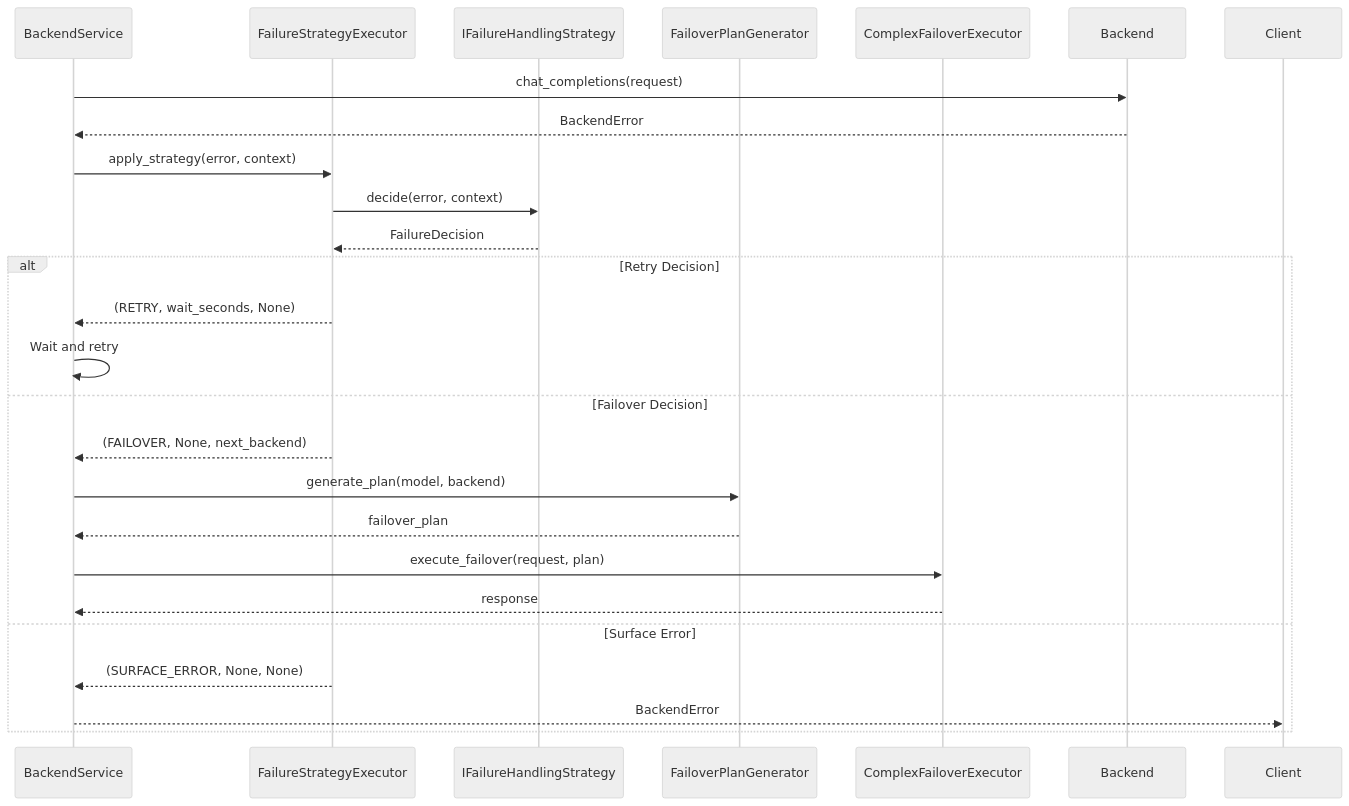
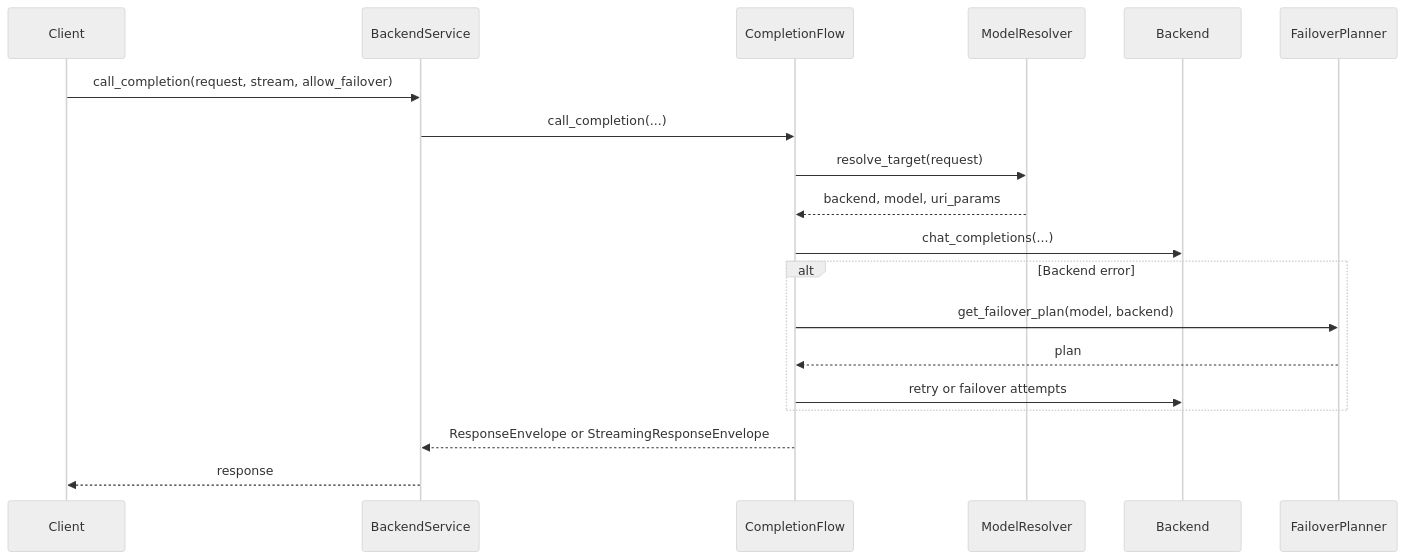
The second of 2 diagrams in .kiro/specs/backend-service-god-object-refactoring/design.md (matdev83/llm-interactive-proxy), drawn with Mermaid (neutral theme) before and after one commit. The commit also changed other lines of this file and 5 other files, not shown here.

Commit message:
Update spec files for backend service god object refactoring

````diff
--- a/.kiro/specs/backend-service-god-object-refactoring/design.md
+++ b/.kiro/specs/backend-service-god-object-refactoring/design.md
@@ -185,29 +82,24 @@
 ```mermaid
 sequenceDiagram
+    participant Client
     participant BackendService
-    participant FailureStrategyExecutor
-    participant IFailureHandlingStrategy
-    participant FailoverPlanGenerator
-    participant ComplexFailoverExecutor
-    
-    BackendService->>Backend: chat_completions(request)
-    Backend-->>BackendService: BackendError
-    
-    BackendService->>FailureStrategyExecutor: apply_strategy(error, context)
-    FailureStrategyExecutor->>IFailureHandlingStrategy: decide(error, context)
-    IFailureHandlingStrategy-->>FailureStrategyExecutor: FailureDecision
-    
-    alt Retry Decision
-        FailureStrategyExecutor-->>BackendService: (RETRY, wait_seconds, None)
-        BackendService->>BackendService: Wait and retry
-    else Failover Decision
-        FailureStrategyExecutor-->>BackendService: (FAILOVER, None, next_backend)
-        BackendService->>FailoverPlanGenerator: generate_plan(model, backend)
-        FailoverPlanGenerator-->>BackendService: failover_plan
-        BackendService->>ComplexFailoverExecutor: execute_failover(request, plan)
-        ComplexFailoverExecutor-->>BackendService: response
-    else Surface Error
-        FailureStrategyExecutor-->>BackendService: (SURFACE_ERROR, None, None)
-        BackendService-->>Client: BackendError
+    participant CompletionFlow
+    participant ModelResolver
+    participant Backend
+    participant FailoverPlanner
+
+    Client->>BackendService: call_completion(request, stream, allow_failover)
+    BackendService->>CompletionFlow: call_completion(...)
+    CompletionFlow->>ModelResolver: resolve_target(request)
+    ModelResolver-->>CompletionFlow: backend, model, uri_params
+    CompletionFlow->>Backend: chat_completions(...)
+
+    alt Backend error
+        CompletionFlow->>FailoverPlanner: get_failover_plan(model, backend)
+        FailoverPlanner-->>CompletionFlow: plan
+        CompletionFlow->>Backend: retry or failover attempts
     end
+
+    CompletionFlow-->>BackendService: ResponseEnvelope or StreamingResponseEnvelope
+    BackendService-->>Client: response
 ```
````
